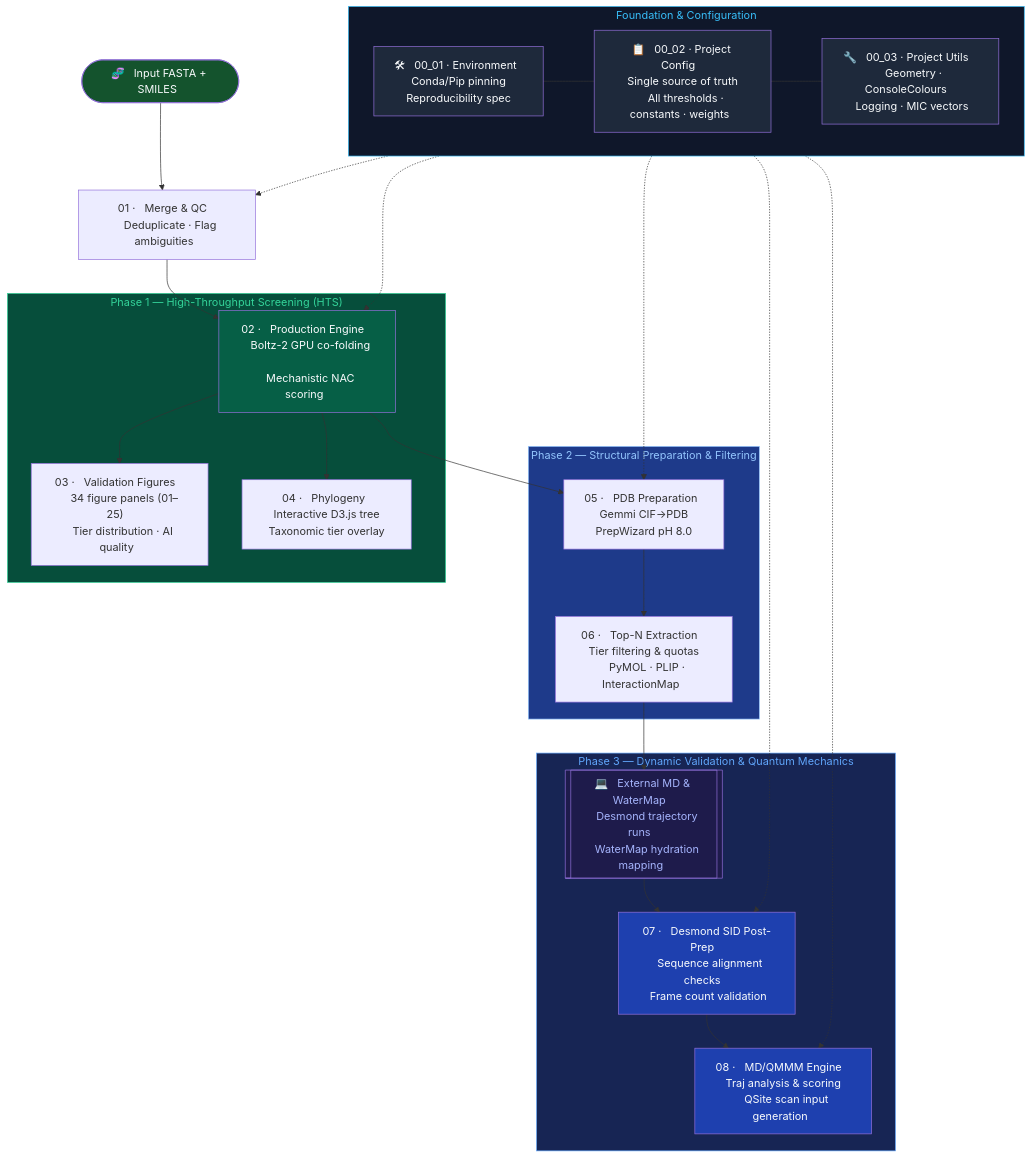
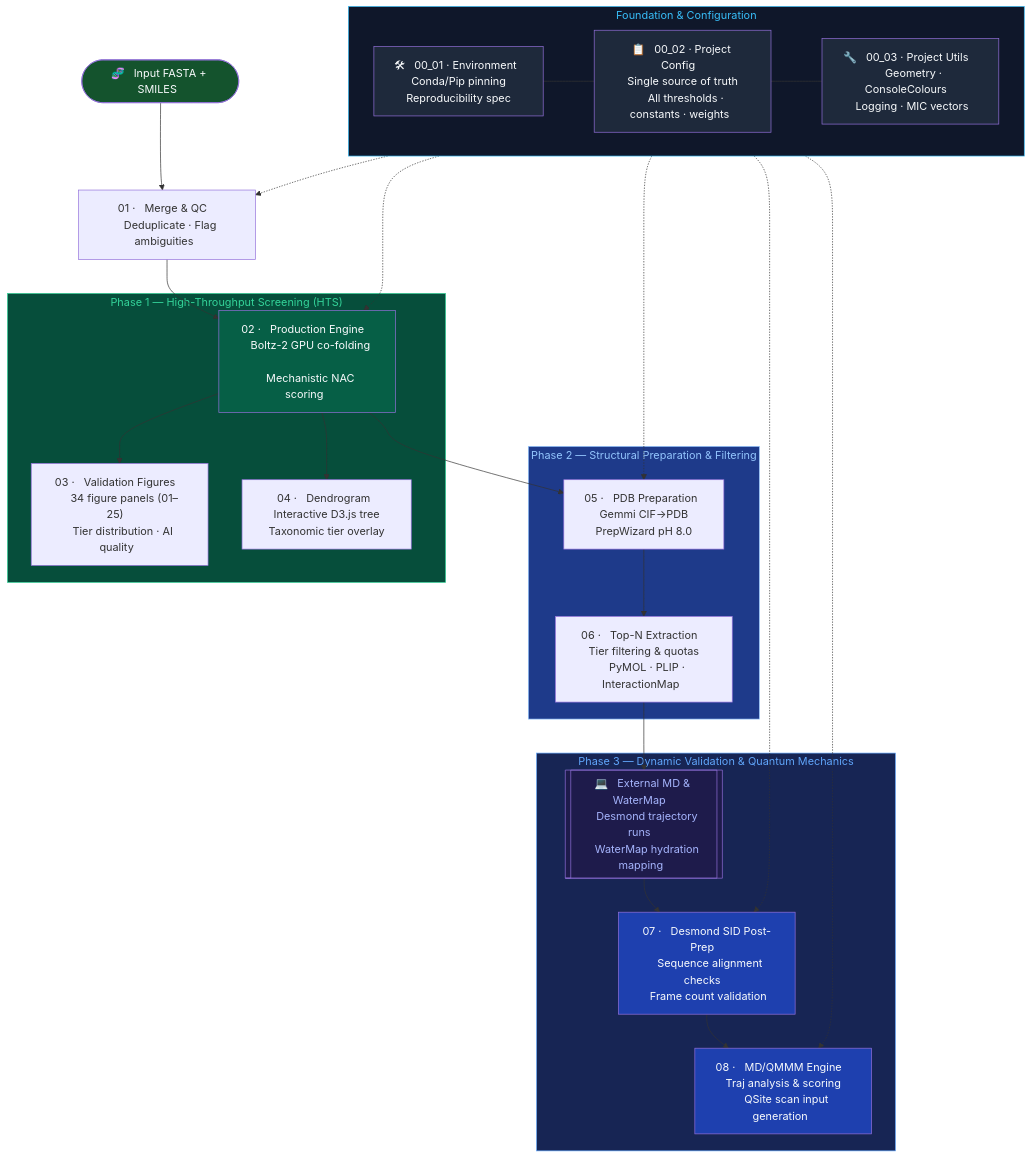
The diagram in README.md (KU-MGB/DeFluorX), drawn with Mermaid before and after one commit. The commit also changed other lines of this file and 11 other files, not shown here.

````diff
--- a/README.md
+++ b/README.md
@@ -179,57 +179,57 @@
 ```mermaid
 flowchart TD
     subgraph FOUNDATION["  Foundation & Configuration  "]
         ENV["🛠 &nbsp; 00_01 · Environment &nbsp; \n &nbsp; Conda/Pip pinning &nbsp; \n &nbsp; Reproducibility spec &nbsp; "]
         CFG["📋 &nbsp; 00_02 · Project Config &nbsp; \n &nbsp; Single source of truth &nbsp; \n &nbsp; All thresholds · constants · weights &nbsp; "]
         UTL["🔧 &nbsp; 00_03 · Project Utils &nbsp; \n &nbsp; Geometry · ConsoleColours &nbsp; \n &nbsp; Logging · MIC vectors &nbsp; "]
         ENV --- CFG --- UTL
     end
 
     START([🧬 &nbsp; Input FASTA + SMILES &nbsp;]) --> M1
     M1["01 · &nbsp; Merge & QC &nbsp; \n &nbsp; Deduplicate · Flag ambiguities &nbsp; "] --> M2
 
     subgraph PHASE1["  Phase 1 — High-Throughput Screening (HTS)  "]
         M2["02 · &nbsp; Production Engine &nbsp; \n &nbsp; Boltz-2 GPU co-folding &nbsp; \n &nbsp; Mechanistic NAC scoring &nbsp; "]
         M3["03 · &nbsp; Validation Figures &nbsp; \n &nbsp; 34 figure panels (01–25) &nbsp; \n &nbsp; Tier distribution · AI quality &nbsp; "]
-        M4["04 · &nbsp; Phylogeny &nbsp; \n &nbsp; Interactive D3.js tree &nbsp; \n &nbsp; Taxonomic tier overlay &nbsp; "]
+        M4["04 · &nbsp; Dendrogram &nbsp; \n &nbsp; Interactive D3.js tree &nbsp; \n &nbsp; Taxonomic tier overlay &nbsp; "]
         M2 --> M3
         M2 --> M4
     end
 
     M2 --> M5
 
     subgraph PHASE2["  Phase 2 — Structural Preparation & Filtering  "]
         M5["05 · &nbsp; PDB Preparation &nbsp; \n &nbsp; Gemmi CIF→PDB &nbsp; \n &nbsp; PrepWizard pH 8.0 &nbsp; "]
         M6["06 · &nbsp; Top-N Extraction &nbsp; \n &nbsp; Tier filtering & quotas &nbsp; \n &nbsp; PyMOL · PLIP · InteractionMap &nbsp; "]
         M5 --> M6
     end
 
     M6 --> EXT_MD
 
     subgraph PHASE3["  Phase 3 — Dynamic Validation & Quantum Mechanics  "]
         EXT_MD[["💻 &nbsp; External MD & WaterMap &nbsp; \n &nbsp; Desmond trajectory runs &nbsp; \n &nbsp; WaterMap hydration mapping &nbsp;"]]
         M7["07 · &nbsp; Desmond SID Post-Prep &nbsp; \n &nbsp; Sequence alignment checks &nbsp; \n &nbsp; Frame count validation &nbsp; "]
         M8["08 · &nbsp; MD/QMMM Engine &nbsp; \n &nbsp; Traj analysis & scoring &nbsp; \n &nbsp; QSite scan input generation &nbsp; "]
         EXT_MD --> M7 --> M8
     end
 
     %% Dependencies
     FOUNDATION -.-> M1
     FOUNDATION -.-> M2
     FOUNDATION -.-> M5
     FOUNDATION -.-> M7
     FOUNDATION -.-> M8
 
     style FOUNDATION fill:#0f172a,color:#38bdf8,stroke:#38bdf8
     style CFG fill:#1e293b,color:#f8fafc
     style UTL fill:#1e293b,color:#f8fafc
     style ENV fill:#1e293b,color:#f8fafc
     style PHASE1 fill:#064e3b,color:#34d399,stroke:#34d399
     style PHASE2 fill:#1e3a8a,color:#93c5fd,stroke:#93c5fd
     style PHASE3 fill:#172554,color:#60a5fa,stroke:#60a5fa
     style M2 fill:#065f46,color:#f8fafc
     style M7 fill:#1e40af,color:#f8fafc
     style M8 fill:#1e40af,color:#f8fafc
     style START fill:#14532d,color:#f8fafc
     style EXT_MD fill:#1e1b4b,color:#a5b4fc
 ```
````
